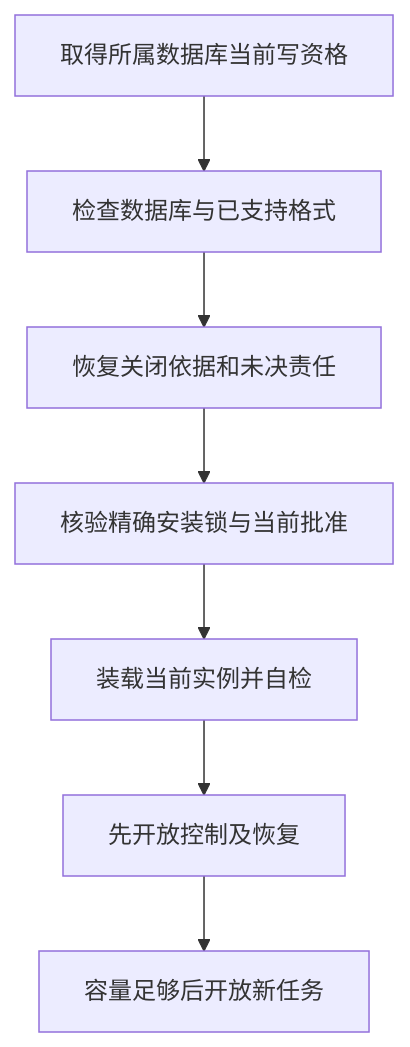
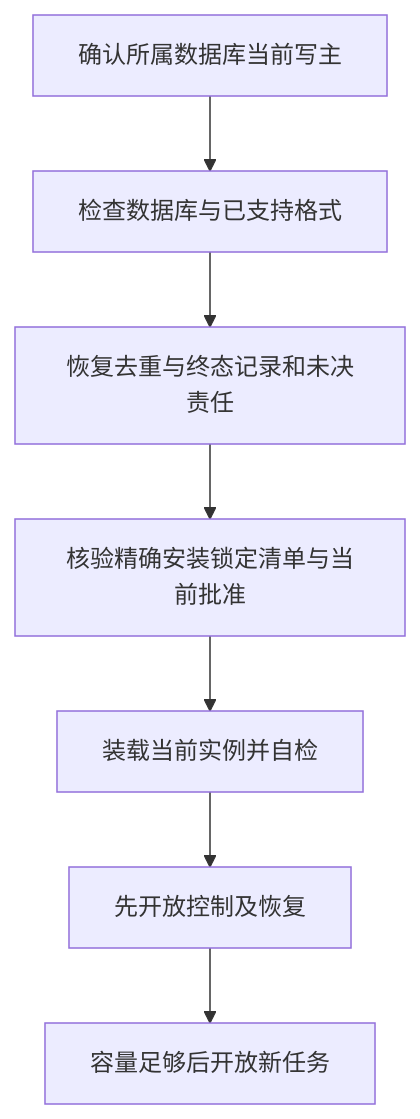
One commit to ruipengliu/lerna changed the second of 2 diagrams in docs/architecture/deployment.md. Above: the diagram before and after it, drawn with Mermaid. The commit also changed other lines of this file and 205 other files, not shown here.

Commit message:
docs: unify architecture terminology

````diff
--- a/docs/architecture/deployment.md
+++ b/docs/architecture/deployment.md
@@ -141,9 +141,9 @@
 ```mermaid
 flowchart TB
-    S[取得所属数据库当前写资格] --> D[检查数据库与已支持格式]
-    D --> C[恢复关闭依据和未决责任]
-    C --> A[核验精确安装锁与当前批准]
+    S[确认所属数据库当前写主] --> D[检查数据库与已支持格式]
+    D --> C[恢复去重与终态记录和未决责任]
+    C --> A[核验精确安装锁定清单与当前批准]
     A --> I[装载当前实例并自检]
     I --> R[先开放控制及恢复]
     R --> N[容量足够后开放新任务]
 ```
````
